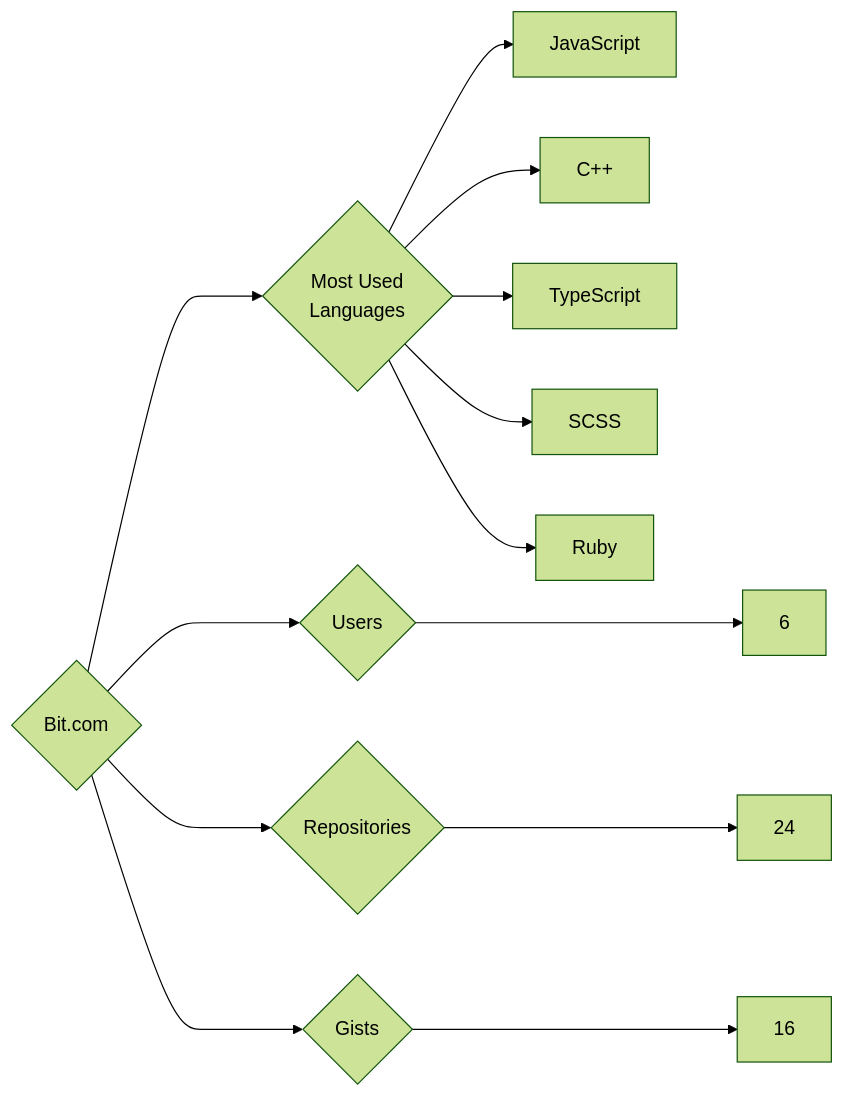
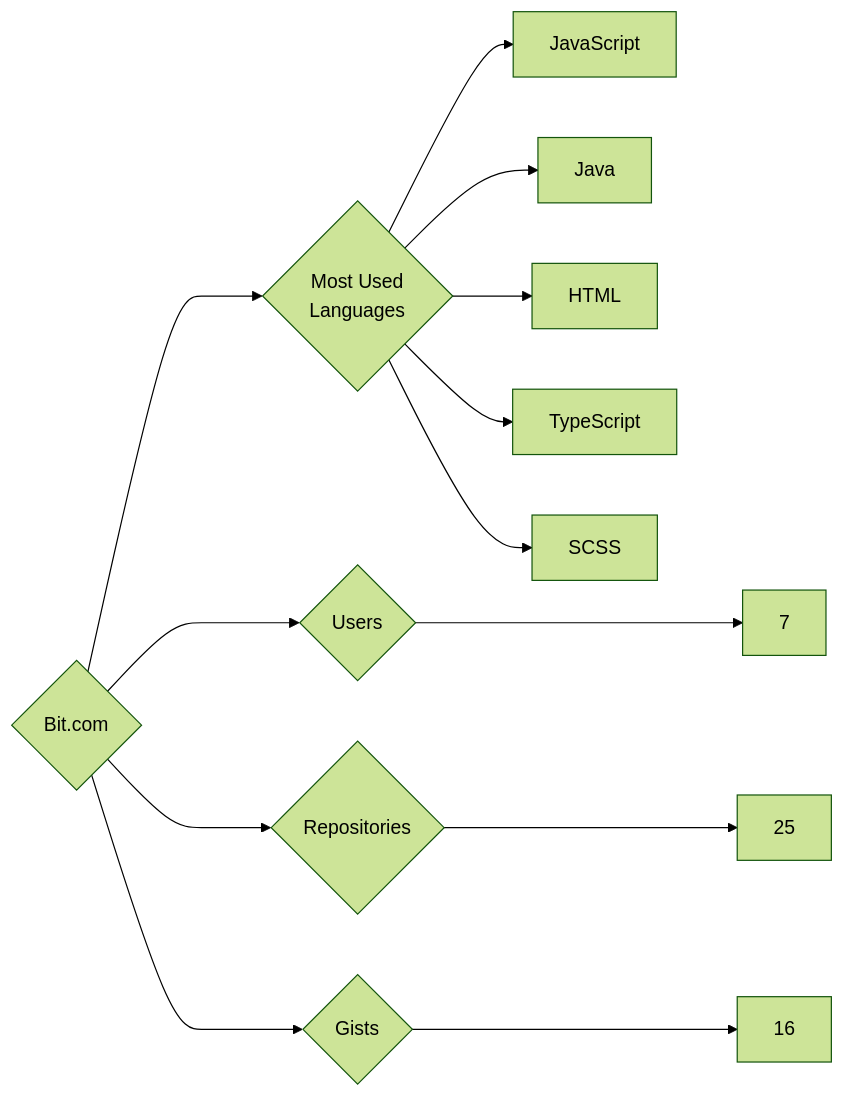
Before and after one commit to trickest/insiders: the diagram in targets/Bit.com/README.md, drawn with Mermaid (forest theme). The commit also changed 1055 other files, not shown here.

````diff
--- a/targets/Bit.com/README.md
+++ b/targets/Bit.com/README.md
@@ -3,13 +3,13 @@
 ```mermaid
 graph LR
 COMPANY_NAME{Bit.com}
-COMPANY_NAME ---> U{Users} ---> UN[6]
-COMPANY_NAME ---> R{Repositories} ---> RN[24]
+COMPANY_NAME ---> U{Users} ---> UN[7]
+COMPANY_NAME ---> R{Repositories} ---> RN[25]
 COMPANY_NAME ---> G{Gists} ---> GN[16]
 COMPANY_NAME ---> ML{Most Used<br>Languages}
 ML --> JavaScript[JavaScript]
-ML --> C++[C++]
+ML --> Java[Java]
+ML --> HTML[HTML]
 ML --> TypeScript[TypeScript]
 ML --> SCSS[SCSS]
-ML --> Ruby[Ruby]
 ```
````
